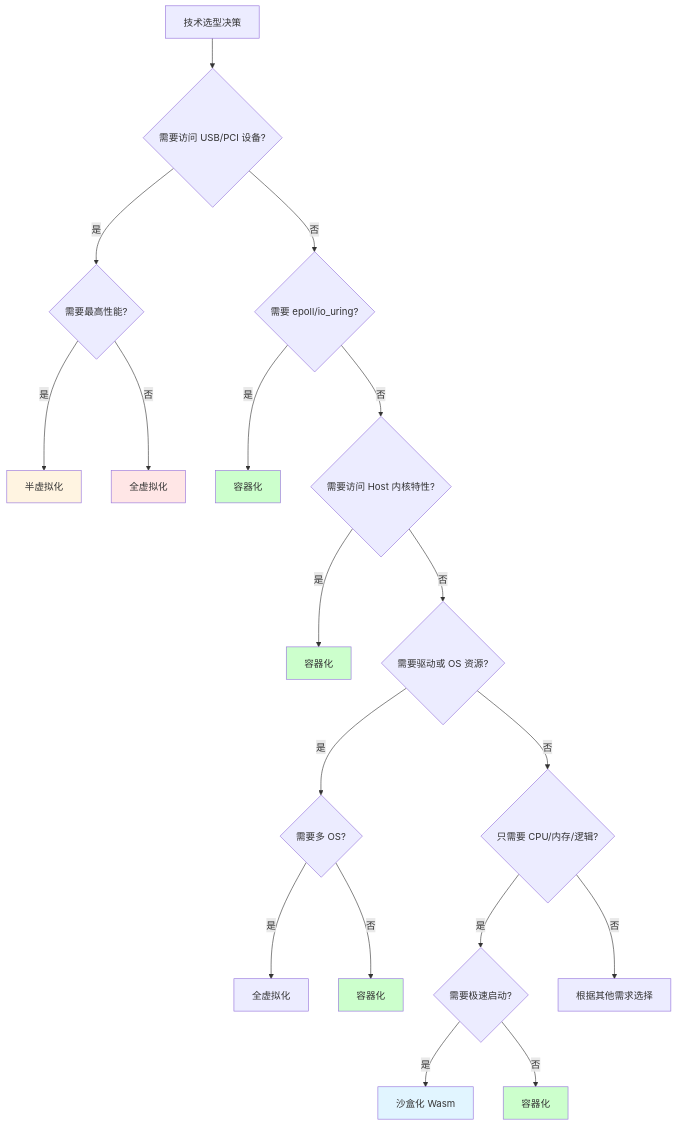
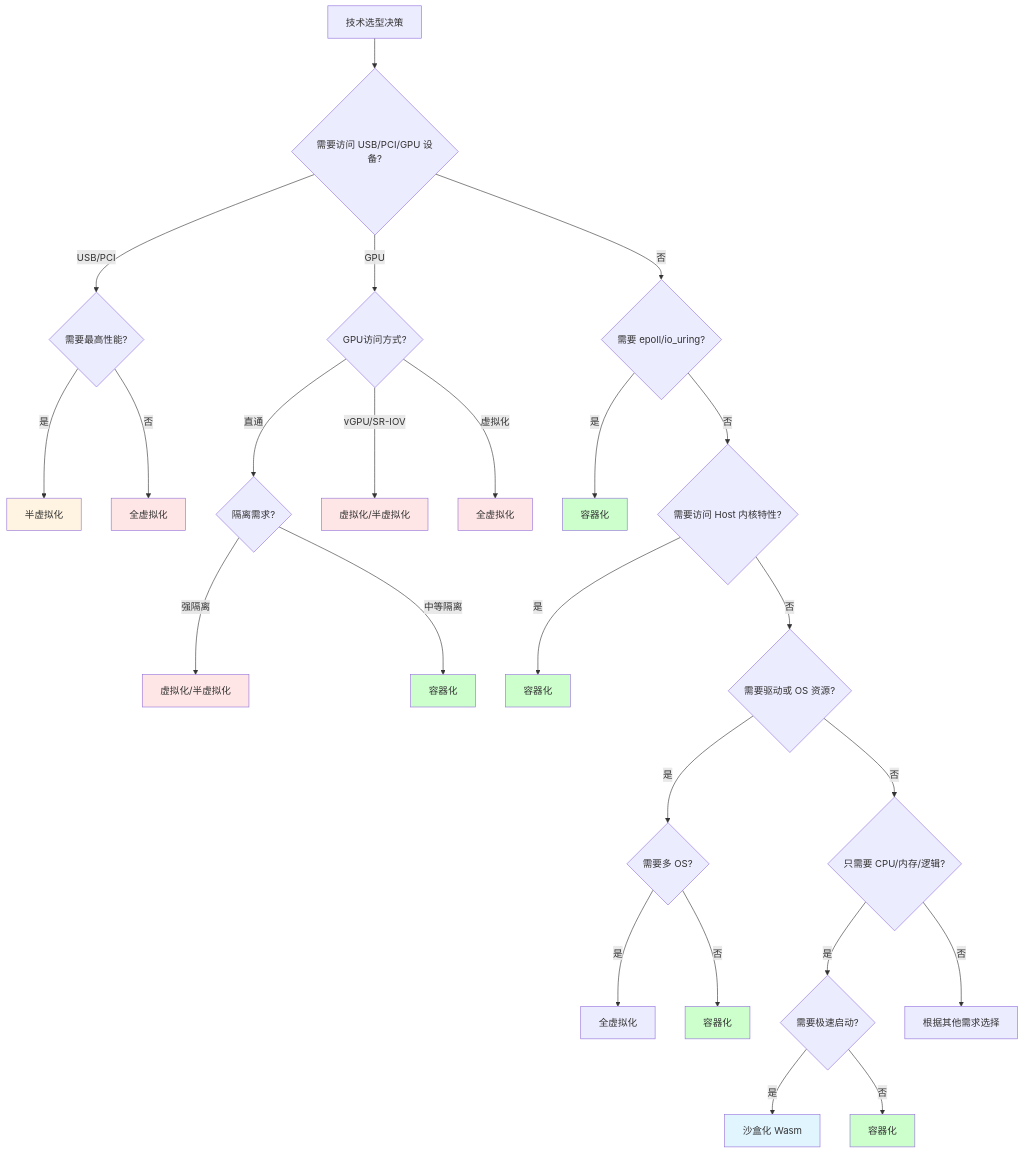
Diagram 16 of 16 in docs/COGNITIVE/03-architecture/execution-flow-scheduling.md (AdaMartin18010/wasmedge_k3s), drawn with Mermaid before and after one commit. The commit also changed other lines of this file and 19 other files, not shown here.

````diff
--- a/docs/COGNITIVE/03-architecture/execution-flow-scheduling.md
+++ b/docs/COGNITIVE/03-architecture/execution-flow-scheduling.md
@@ -1257,33 +1295,44 @@
 ```mermaid
 graph TB
-    A[技术选型决策] --> B{需要访问 USB/PCI 设备?}
-    B -->|是| C{需要最高性能?}
+    A[技术选型决策] --> B{需要访问 USB/PCI/GPU 设备?}
+    B -->|USB/PCI| C{需要最高性能?}
     C -->|是| D[半虚拟化]
     C -->|否| E[全虚拟化]
 
-    B -->|否| F{需要 epoll/io_uring?}
-    F -->|是| G[容器化]
+    B -->|GPU| F{GPU访问方式?}
+    F -->|直通| G{隔离需求?}
+    G -->|强隔离| H[虚拟化/半虚拟化]
+    G -->|中等隔离| I[容器化]
+    F -->|vGPU/SR-IOV| J[虚拟化/半虚拟化]
+    F -->|虚拟化| K[全虚拟化]
 
-    F -->|否| H{需要访问 Host 内核特性?}
-    H -->|是| I[容器化]
+    B -->|否| L{需要 epoll/io_uring?}
+    L -->|是| M[容器化]
 
-    H -->|否| J{需要驱动或 OS 资源?}
-    J -->|是| K{需要多 OS?}
-    K -->|是| L[全虚拟化]
-    K -->|否| M[容器化]
+    L -->|否| N{需要访问 Host 内核特性?}
+    N -->|是| O[容器化]
 
-    J -->|否| N{只需要 CPU/内存/逻辑?}
-    N -->|是| O{需要极速启动?}
-    O -->|是| P[沙盒化 Wasm]
-    O -->|否| Q[容器化]
+    N -->|否| P{需要驱动或 OS 资源?}
+    P -->|是| Q{需要多 OS?}
+    Q -->|是| R[全虚拟化]
+    Q -->|否| S[容器化]
 
-    N -->|否| R[根据其他需求选择]
+    P -->|否| T{只需要 CPU/内存/逻辑?}
+    T -->|是| U{需要极速启动?}
+    U -->|是| V[沙盒化 Wasm]
+    U -->|否| W[容器化]
+
+    T -->|否| X[根据其他需求选择]
 
     style D fill:#fff4e1
     style E fill:#ffe6e6
-    style G fill:#ccffcc
+    style H fill:#ffe6e6
     style I fill:#ccffcc
+    style J fill:#ffe6e6
+    style K fill:#ffe6e6
     style M fill:#ccffcc
-    style P fill:#e1f5ff
-    style Q fill:#ccffcc
+    style O fill:#ccffcc
+    style S fill:#ccffcc
+    style V fill:#e1f5ff
+    style W fill:#ccffcc
 ```
````
